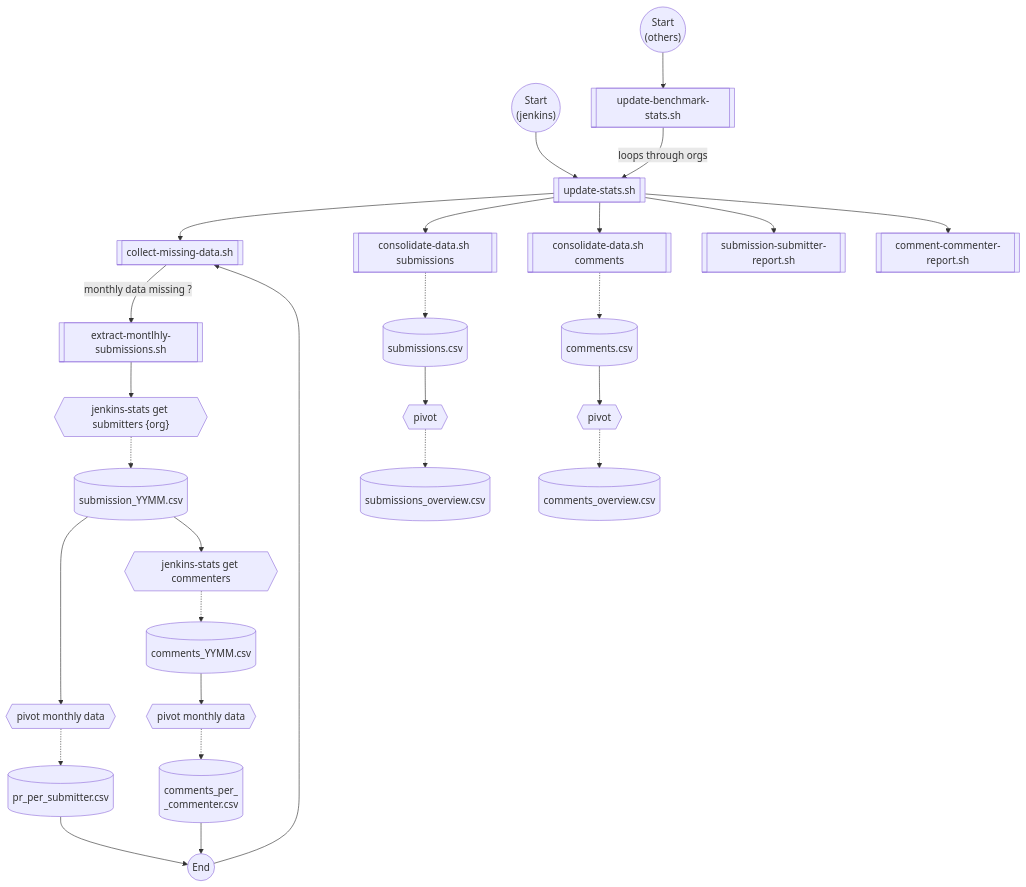
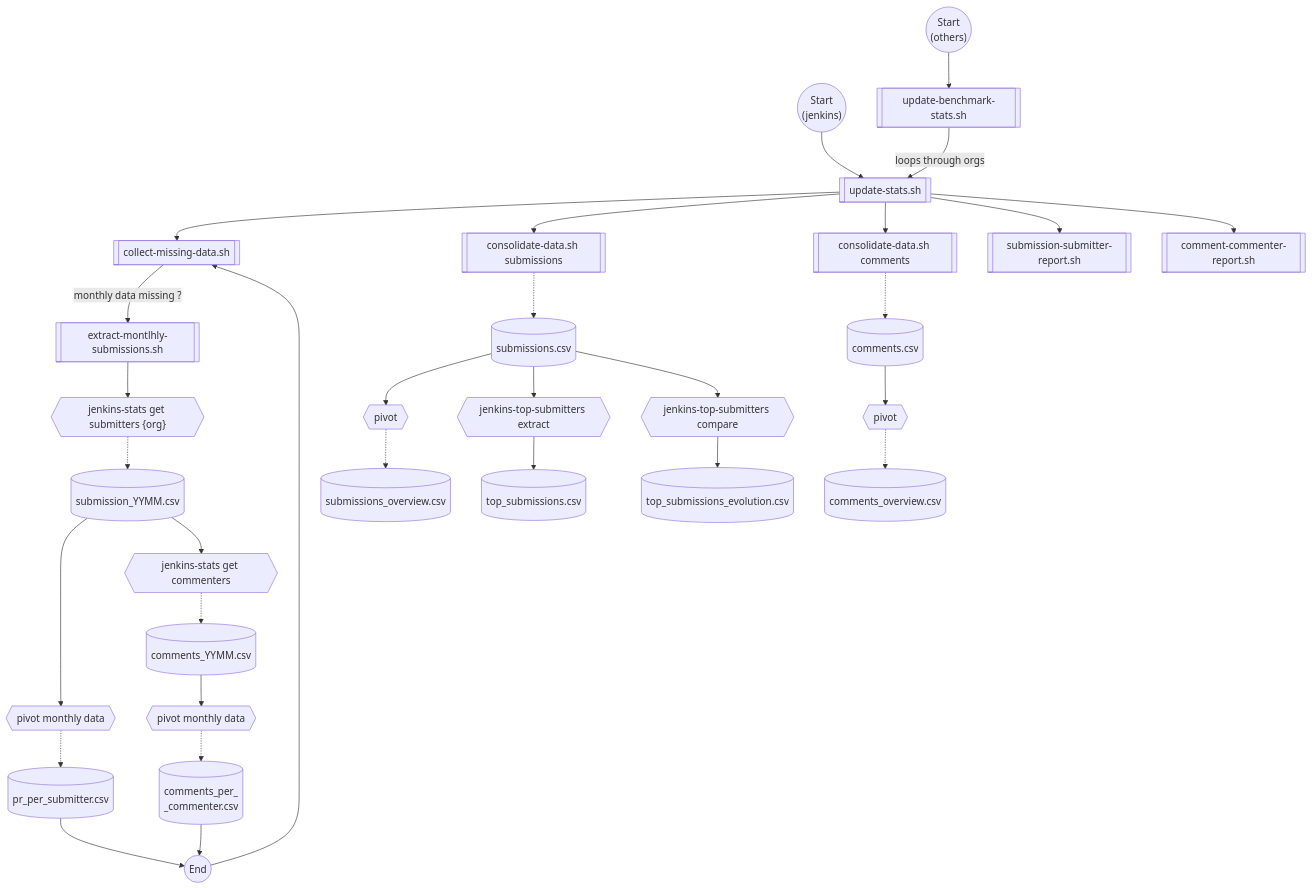
Before and after one commit to jenkins-infra/jenkins-contribution-stats: the diagram in README.md, drawn with Mermaid.

Commit message:
update mermaid

````diff
--- a/README.md
+++ b/README.md
@@ -40,55 +40,62 @@
 ```mermaid
 flowchart TD
 	start1(("`Start
 	(others)
 	 `"))
 
     start2(("`Start
     (jenkins)
      `"))
 
     extract_end((End))
 
     %% Processes
 
 	A[[update-benchmark-stats.sh]]
 	B[[update-stats.sh]]
     C[[collect-missing-data.sh]]
     D[[consolidate-data.sh submissions]]
     E[[consolidate-data.sh comments]]
     F[[submission-submitter-report.sh]]
     G[[comment-commenter-report.sh]]
     extracData[[extract-montlhly-submissions.sh]]
     get_submitters{{"jenkins-stats get submitters {org}"}}
     get_commenters{{"jenkins-stats get commenters"}}
+    top_extract{{jenkins-top-submitters extract}}
+    top_compare{{jenkins-top-submitters compare}}
 
     %% data files
     submission_month[(submission_YYMM.csv)]
     monththlyPivot_submit[(pr_per_submitter.csv)]
     comments_month[(comments_YYMM.csv)]
     monththlyPivot_comment[("`comments_per_
     _commenter.csv`")]
     global_submissions[(submissions.csv)]
     global_submissionsOverview[(submissions_overview.csv)]
+    top_submission[(top_submissions.csv)]
+    top_submission_evol[(top_submissions_evolution.csv)]
 
     global_comments[(comments.csv)]
     global_commentsOverview[(comments_overview.csv)]
 
     %% pivot processes
     monthlypivot_subm{{pivot monthly data}}
     monthlypivot_comment{{pivot monthly data}}
     subm_overview_pivot{{pivot}}
     comment_overview_pivot{{pivot}}
 
     
 
 	start1 --> A -- loops through orgs --> B
 	start2 --> B
     B --> C -- monthly data missing ? --> extracData  --> get_submitters
     get_submitters -.-> submission_month --> monthlypivot_subm -.-> monththlyPivot_submit --> extract_end --> C
     submission_month --> get_commenters -.-> comments_month --> monthlypivot_comment -.-> monththlyPivot_comment --> extract_end
-    B --> D -.-> global_submissions --> subm_overview_pivot -.-> global_submissionsOverview
+    B --> D -.-> global_submissions
+    global_submissions --> subm_overview_pivot -.-> global_submissionsOverview
+    global_submissions --> top_extract --> top_submission
+    global_submissions --> top_compare --> top_submission_evol
     B --> E -.-> global_comments --> comment_overview_pivot -.-> global_commentsOverview
     B --> F 
     B --> G
 ```
````
